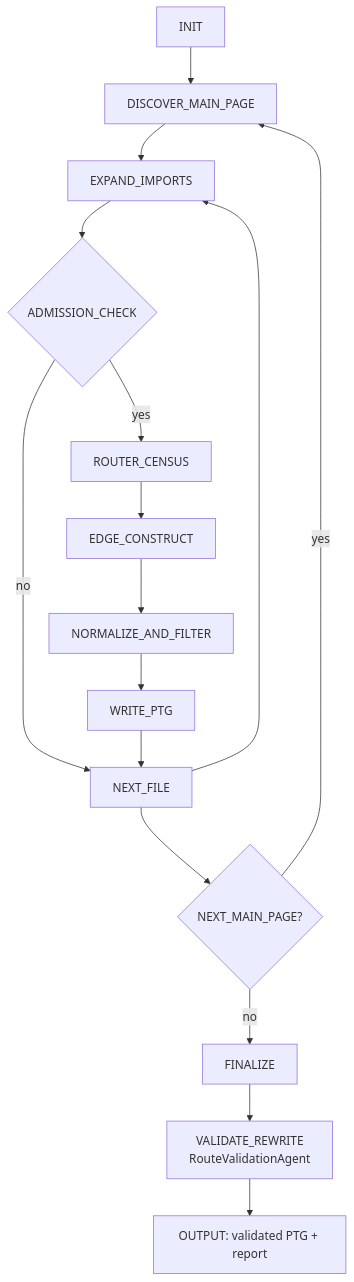
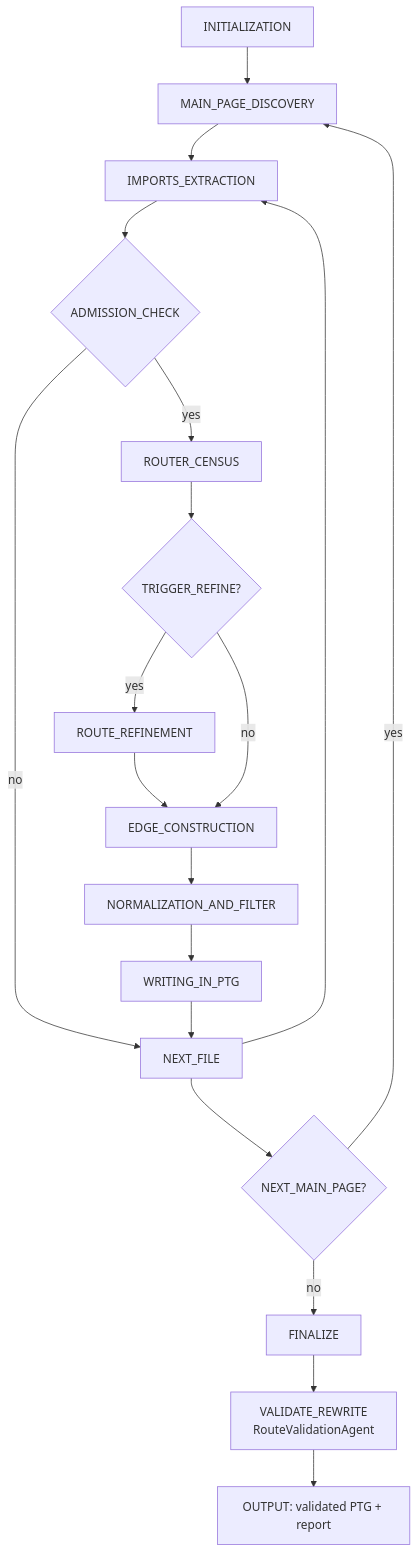
The diagram in README.md (mollycai/harmony-ptg-llm-agent), drawn with Mermaid before and after one commit. The commit also changed other lines of this file and 1 other file, not shown here.

````diff
--- a/README.md
+++ b/README.md
@@ -212,22 +219,25 @@
 ```mermaid
 flowchart TD
-    A[INIT] --> B[DISCOVER_MAIN_PAGE]
-    B --> C[EXPAND_IMPORTS]
+    A[INITIALIZATION] --> B[MAIN_PAGE_DISCOVERY]
+    B --> C[IMPORTS_EXTRACTION]
     C --> D{ADMISSION_CHECK}
 
     D -- no --> C2[NEXT_FILE]
     C2 --> C
 
     D -- yes --> E[ROUTER_CENSUS]
-    E --> H[EDGE_CONSTRUCT]
-    H --> I[NORMALIZE_AND_FILTER]
-    I --> J[WRITE_PTG]
+    E --> F{TRIGGER_REFINE?}
+    F -- yes --> G[ROUTE_REFINEMENT]
+    G --> H[EDGE_CONSTRUCTION]
+    F -- no --> H[EDGE_CONSTRUCTION]
+    H --> I[NORMALIZATION_AND_FILTER]
+    I --> J[WRITING_IN_PTG]
     J --> C2
 
     C2 --> K{NEXT_MAIN_PAGE?}
     K -- yes --> B
     K -- no --> L[FINALIZE]
 
     L --> M[VALIDATE_REWRITE<br/>RouteValidationAgent]
     M --> N[OUTPUT: validated PTG + report]
 ```
````
